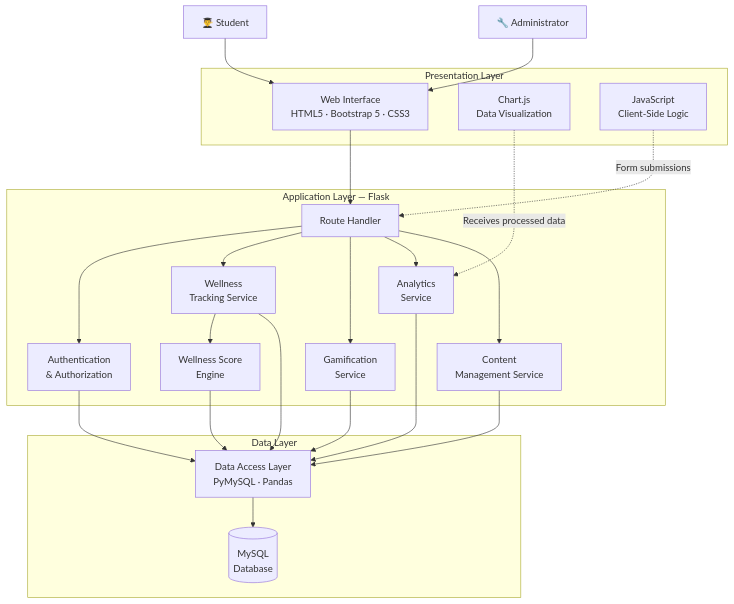
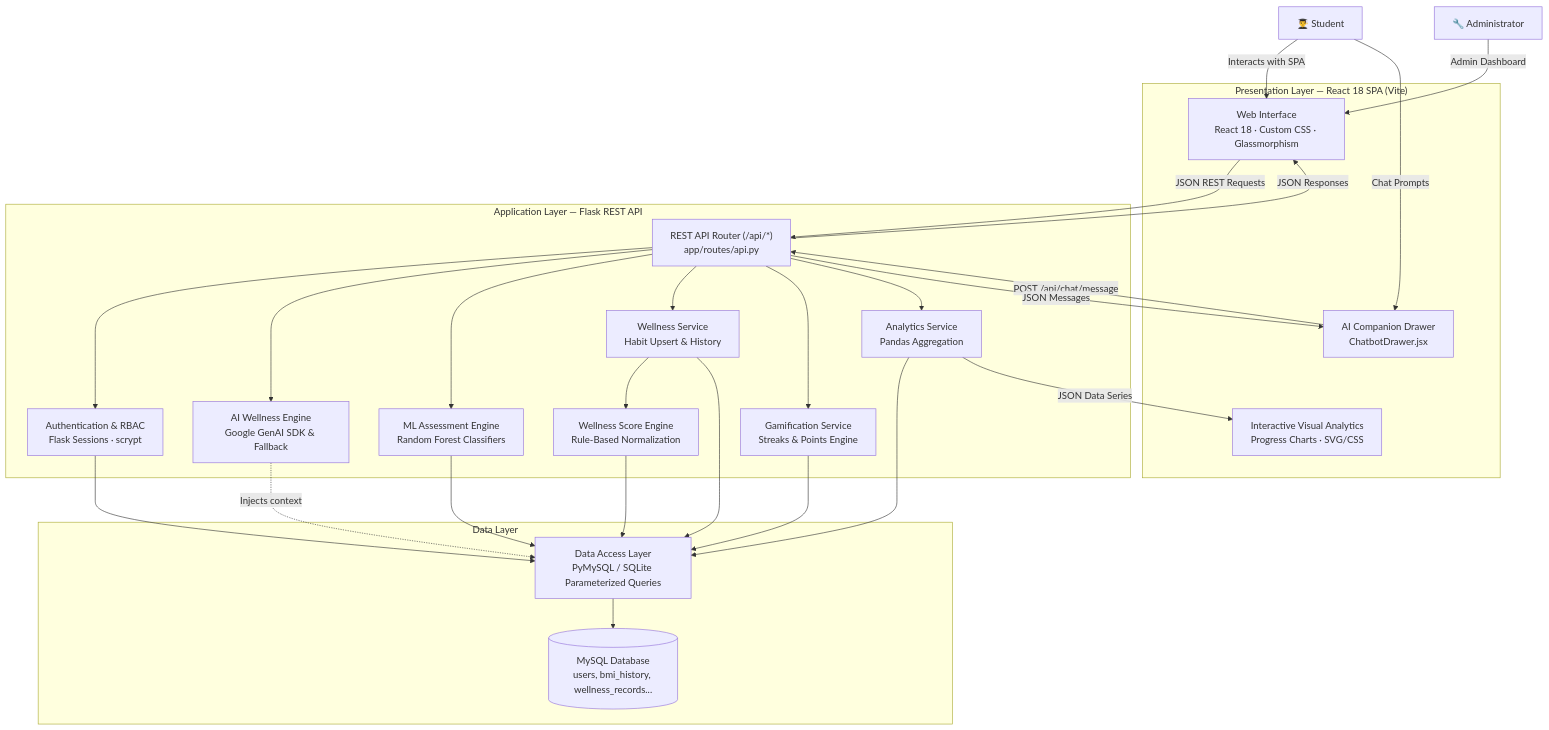
The first of 21 diagrams in ARCHITECTURE.md (goxxie08/Wellvia), drawn with Mermaid before and after one commit. The commit also changed other lines of this file and 2 other files, not shown here.

````diff
--- a/ARCHITECTURE.md
+++ b/ARCHITECTURE.md
@@ -161,48 +161,54 @@
 ```mermaid
 flowchart TD
     Student["👨‍🎓 Student"]
     Admin["🔧 Administrator"]
 
-    subgraph PL["Presentation Layer"]
-        UI["Web Interface<br/>HTML5 · Bootstrap 5 · CSS3"]
-        Charts["Chart.js<br/>Data Visualization"]
-        JS["JavaScript<br/>Client-Side Logic"]
+    subgraph PL["Presentation Layer — React 18 SPA (Vite)"]
+        UI["Web Interface<br/>React 18 · Custom CSS · Glassmorphism"]
+        ChatbotUI["AI Companion Drawer<br/>ChatbotDrawer.jsx"]
+        Charts["Interactive Visual Analytics<br/>Progress Charts · SVG/CSS"]
     end
 
-    subgraph AL["Application Layer — Flask"]
-        Router["Route Handler"]
-        Auth["Authentication<br/>& Authorization"]
-        WellnessService["Wellness<br/>Tracking Service"]
-        GamificationService["Gamification<br/>Service"]
-        AnalyticsService["Analytics<br/>Service"]
-        ContentService["Content<br/>Management Service"]
-        ScoreEngine["Wellness Score<br/>Engine"]
+    subgraph AL["Application Layer — Flask REST API"]
+        Router["REST API Router (/api/*)<br/>app/routes/api.py"]
+        Auth["Authentication & RBAC<br/>Flask Sessions · scrypt"]
+        ChatbotEngine["AI Wellness Engine<br/>Google GenAI SDK & Fallback"]
+        MLEngine["ML Assessment Engine<br/>Random Forest Classifiers"]
+        WellnessService["Wellness Service<br/>Habit Upsert & History"]
+        GamificationService["Gamification Service<br/>Streaks & Points Engine"]
+        AnalyticsService["Analytics Service<br/>Pandas Aggregation"]
+        ScoreEngine["Wellness Score Engine<br/>Rule-Based Normalization"]
     end
 
     subgraph DL["Data Layer"]
-        DAL["Data Access Layer<br/>PyMySQL · Pandas"]
-        DB[("MySQL<br/>Database")]
+        DAL["Data Access Layer<br/>PyMySQL / SQLite Parameterized Queries"]
+        DB[("MySQL Database<br/>users, bmi_history, wellness_records...")]
     end
 
-    Student --> UI
-    Admin --> UI
-    UI --> Router
-    Charts -.->|"Receives processed data"| AnalyticsService
-    JS -.->|"Form submissions"| Router
+    Student -->|Interacts with SPA| UI
+    Student -->|Chat Prompts| ChatbotUI
+    Admin -->|Admin Dashboard| UI
 
+    UI -->|JSON REST Requests| Router
+    ChatbotUI -->|POST /api/chat/message| Router
     Router --> Auth
+    Router --> ChatbotEngine
+    Router --> MLEngine
     Router --> WellnessService
     Router --> GamificationService
     Router --> AnalyticsService
-    Router --> ContentService
 
     WellnessService --> ScoreEngine
     WellnessService --> DAL
     GamificationService --> DAL
     AnalyticsService --> DAL
-    ContentService --> DAL
     Auth --> DAL
     ScoreEngine --> DAL
+    MLEngine --> DAL
+    ChatbotEngine -.->|"Injects context"| DAL
 
     DAL --> DB
+    Router -->|JSON Responses| UI
+    Router -->|JSON Messages| ChatbotUI
+    AnalyticsService -->|JSON Data Series| Charts
 ```
````
